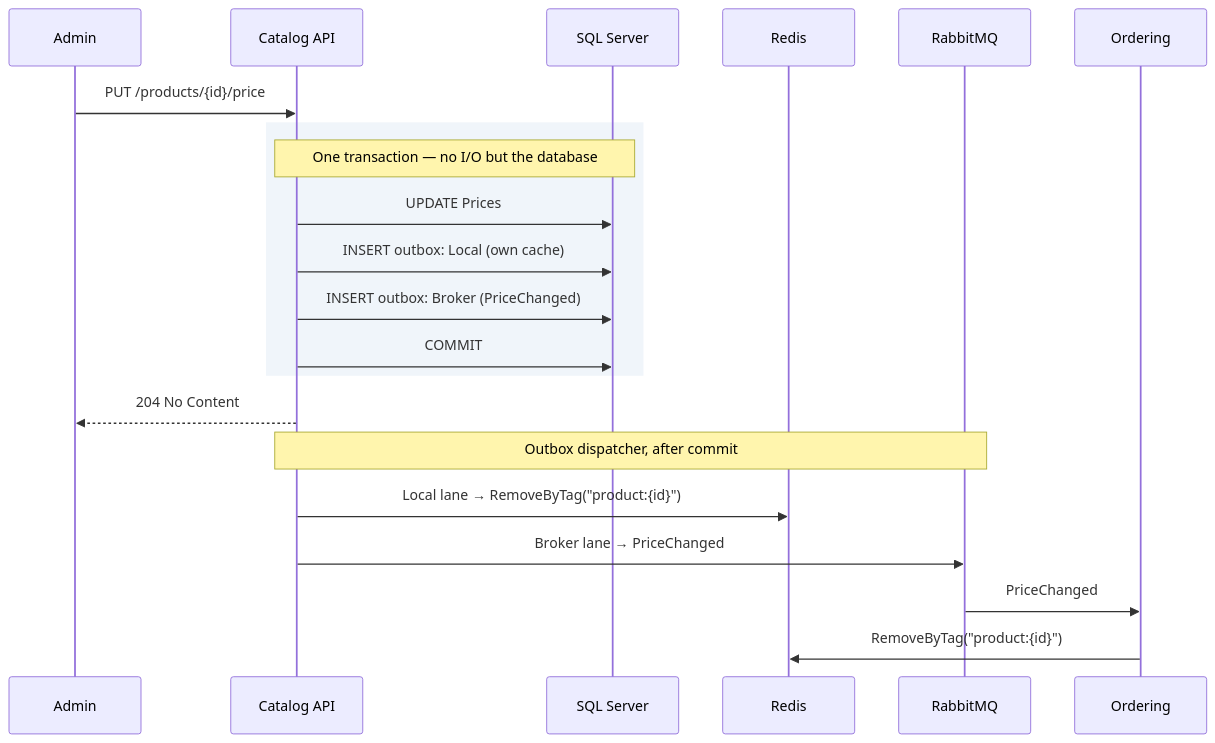
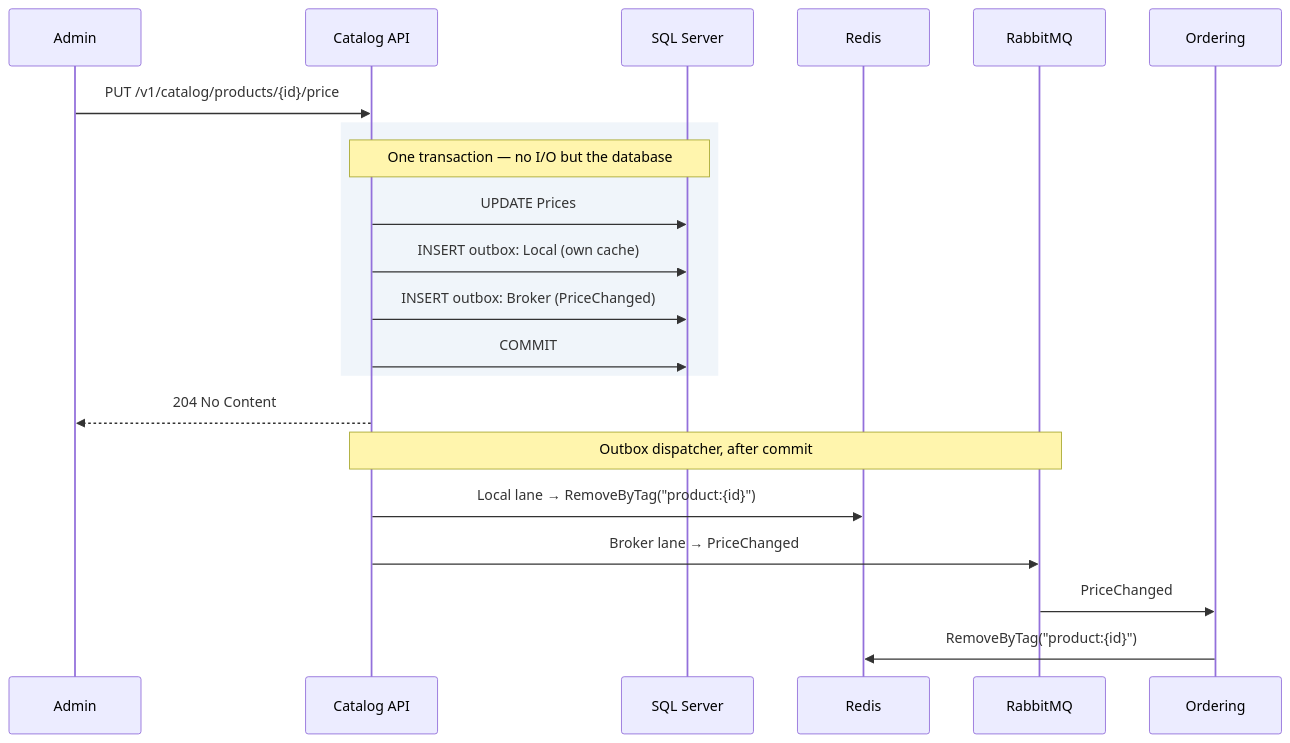
One commit to alexander-shamray/dotnet-ddd-blueprint changed the diagram in docs/backend-architecture/08-caching-redis.md. Above: the diagram before and after it, drawn with Mermaid. The commit also changed 3 other files, not shown here.

````diff
--- a/docs/backend-architecture/08-caching-redis.md
+++ b/docs/backend-architecture/08-caching-redis.md
@@ -173,25 +173,25 @@
 ```mermaid
 sequenceDiagram
     participant A as Admin
     participant C as Catalog API
     participant DB as SQL Server
     participant R as Redis
     participant MQ as RabbitMQ
     participant O as Ordering
 
-    A->>C: PUT /products/{id}/price
+    A->>C: PUT /v1/catalog/products/{id}/price
     rect rgb(240, 245, 250)
     Note over C,DB: One transaction — no I/O but the database
     C->>DB: UPDATE Prices
     C->>DB: INSERT outbox: Local (own cache)
     C->>DB: INSERT outbox: Broker (PriceChanged)
     C->>DB: COMMIT
     end
     C-->>A: 204 No Content
 
     Note over C,MQ: Outbox dispatcher, after commit
     C->>R: Local lane → RemoveByTag("product:{id}")
     C->>MQ: Broker lane → PriceChanged
     MQ->>O: PriceChanged
     O->>R: RemoveByTag("product:{id}")
 ```
````
